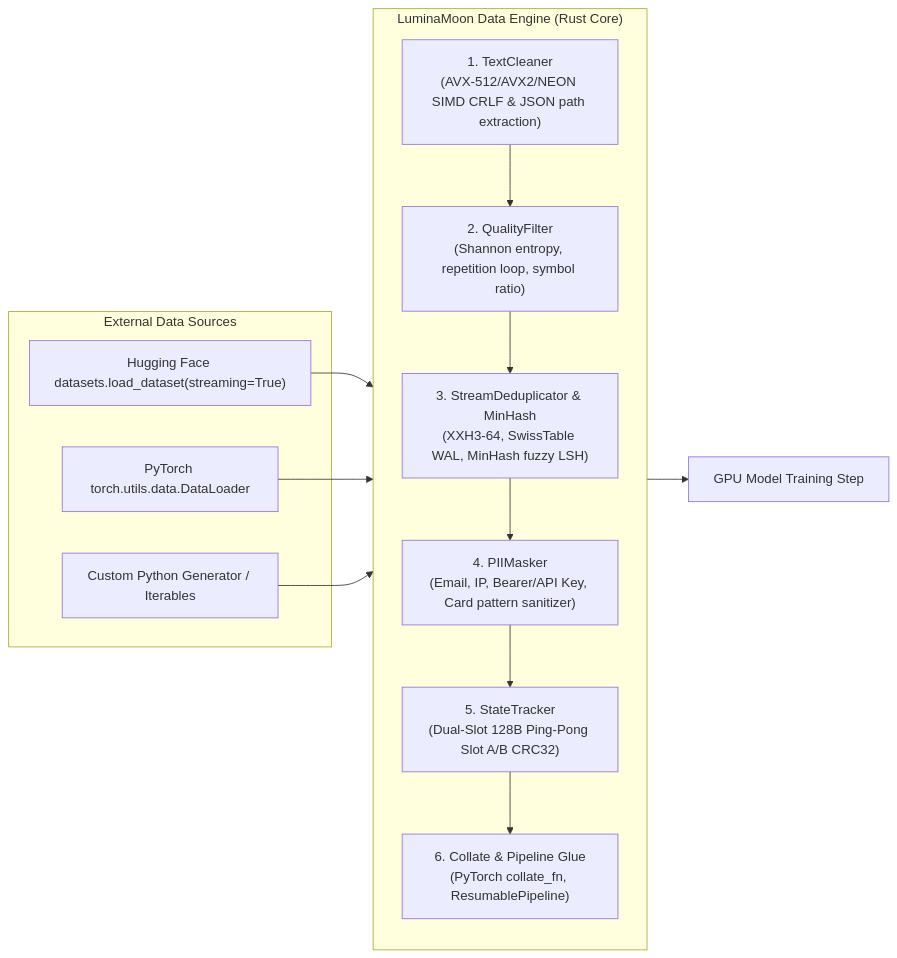
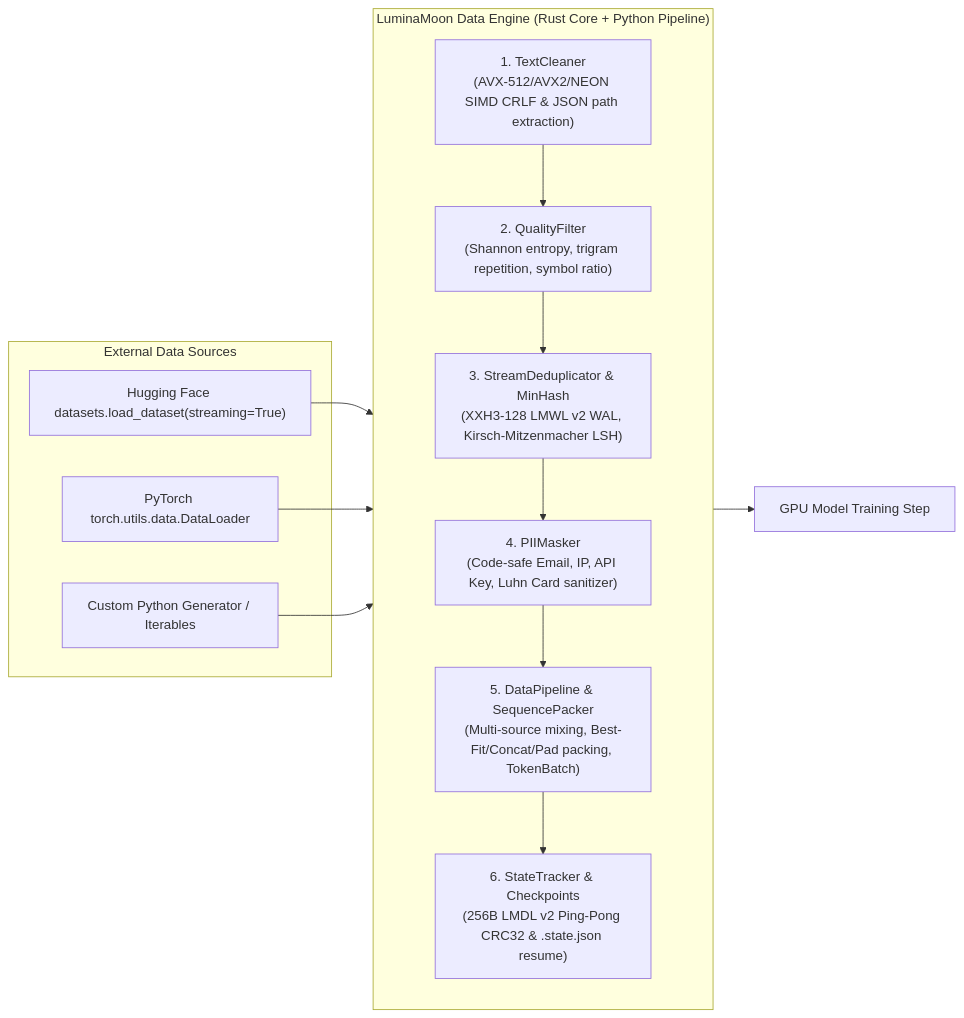
One commit to cloverx-id/luminamoon changed the diagram in data/README.md. Above: the diagram before and after it, drawn with Mermaid. The commit also changed other lines of this file and 49 other files, not shown here.

````diff
--- a/data/README.md
+++ b/data/README.md
@@ -11,28 +11,28 @@
 ```mermaid
 flowchart LR
     subgraph External ["External Data Sources"]
         HF["Hugging Face datasets.load_dataset(streaming=True)"]
         Torch["PyTorch torch.utils.data.DataLoader"]
         Custom["Custom Python Generator / Iterables"]
     end
 
-    subgraph Data_Engine ["LuminaMoon Data Engine (Rust Core)"]
+    subgraph Data_Engine ["LuminaMoon Data Engine (Rust Core + Python Pipeline)"]
         direction TB
         Cleaner["1. TextCleaner\n(AVX-512/AVX2/NEON SIMD CRLF & JSON path extraction)"]
-        Quality["2. QualityFilter\n(Shannon entropy, repetition loop, symbol ratio)"]
-        Dedup["3. StreamDeduplicator & MinHash\n(XXH3-64, SwissTable WAL, MinHash fuzzy LSH)"]
-        Masker["4. PIIMasker\n(Email, IP, Bearer/API Key, Card pattern sanitizer)"]
-        Tracker["5. StateTracker\n(Dual-Slot 128B Ping-Pong Slot A/B CRC32)"]
-        Glue["6. Collate & Pipeline Glue\n(PyTorch collate_fn, ResumablePipeline)"]
+        Quality["2. QualityFilter\n(Shannon entropy, trigram repetition, symbol ratio)"]
+        Dedup["3. StreamDeduplicator & MinHash\n(XXH3-128 LMWL v2 WAL, Kirsch-Mitzenmacher LSH)"]
+        Masker["4. PIIMasker\n(Code-safe Email, IP, API Key, Luhn Card sanitizer)"]
+        Packer["5. DataPipeline & SequencePacker\n(Multi-source mixing, Best-Fit/Concat/Pad packing, TokenBatch)"]
+        Tracker["6. StateTracker & Checkpoints\n(256B LMDL v2 Ping-Pong CRC32 & .state.json resume)"]
     end
 
     HF --> Cleaner
     Torch --> Cleaner
     Custom --> Cleaner
     Cleaner --> Quality
     Quality --> Dedup
     Dedup --> Masker
-    Masker --> Tracker
-    Tracker --> Glue
-    Glue --> Consumer["GPU Model Training Step"]
+    Masker --> Packer
+    Packer --> Tracker
+    Tracker --> Consumer["GPU Model Training Step"]
 ```
````
